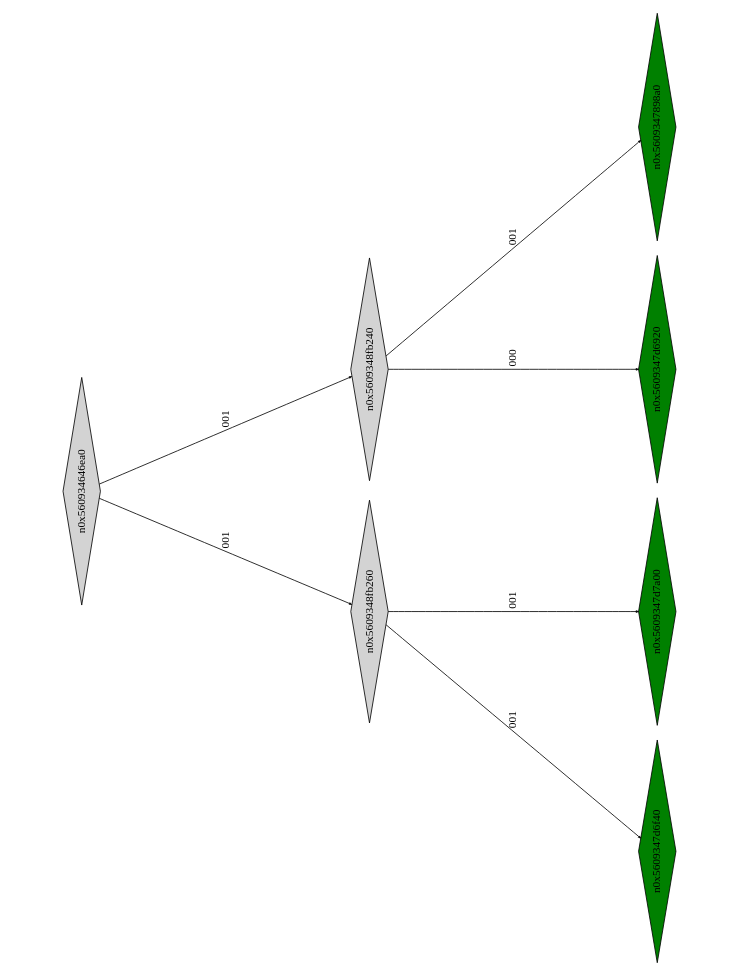
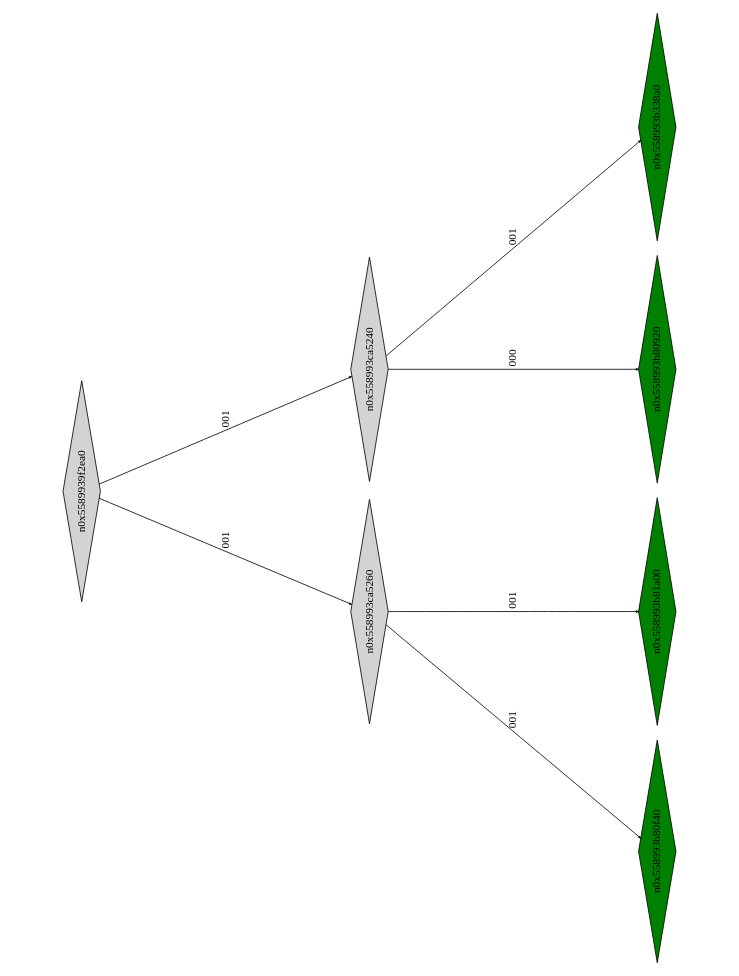
The diagram in montyhall_klee_out/ptree_00000807.dot (Research-Tools-PAVT/PSE-Program-Examples), drawn with Graphviz before and after one commit. The commit also changed 109 other files, not shown here.

```diff
--- a/montyhall_klee_out/ptree_00000807.dot
+++ b/montyhall_klee_out/ptree_00000807.dot
@@ -1,21 +1,21 @@
 digraph G {
 	size="10,7.5";
 	ratio=fill;
 	rotate=90;
 	center = "true";
 	node [style="filled",width=.1,height=.1,fontname="Terminus"]
 	edge [arrowsize=.3]
-	n0x560934646ea0 [shape=diamond];
-	n0x560934646ea0 -> n0x5609348fb260 [label=001];
-	n0x560934646ea0 -> n0x5609348fb240 [label=001];
-	n0x5609348fb240 [shape=diamond];
-	n0x5609348fb240 -> n0x5609347d6920 [label=000];
-	n0x5609348fb240 -> n0x5609347898a0 [label=001];
-	n0x5609347898a0 [shape=diamond,fillcolor=green];
-	n0x5609347d6920 [shape=diamond,fillcolor=green];
-	n0x5609348fb260 [shape=diamond];
-	n0x5609348fb260 -> n0x5609347d6f40 [label=001];
-	n0x5609348fb260 -> n0x5609347d7a00 [label=001];
-	n0x5609347d7a00 [shape=diamond,fillcolor=green];
-	n0x5609347d6f40 [shape=diamond,fillcolor=green];
+	n0x5589939f2ea0 [shape=diamond];
+	n0x5589939f2ea0 -> n0x558993ca5260 [label=001];
+	n0x5589939f2ea0 -> n0x558993ca5240 [label=001];
+	n0x558993ca5240 [shape=diamond];
+	n0x558993ca5240 -> n0x558993b80920 [label=000];
+	n0x558993ca5240 -> n0x558993b338a0 [label=001];
+	n0x558993b338a0 [shape=diamond,fillcolor=green];
+	n0x558993b80920 [shape=diamond,fillcolor=green];
+	n0x558993ca5260 [shape=diamond];
+	n0x558993ca5260 -> n0x558993b80f40 [label=001];
+	n0x558993ca5260 -> n0x558993b81a00 [label=001];
+	n0x558993b81a00 [shape=diamond,fillcolor=green];
+	n0x558993b80f40 [shape=diamond,fillcolor=green];
 }
```
